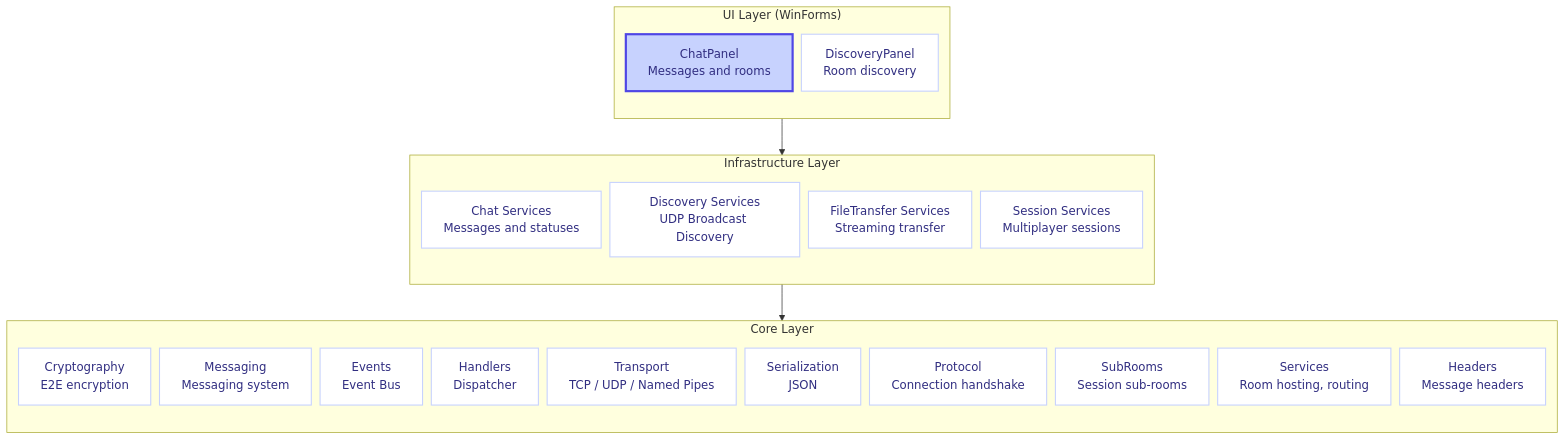
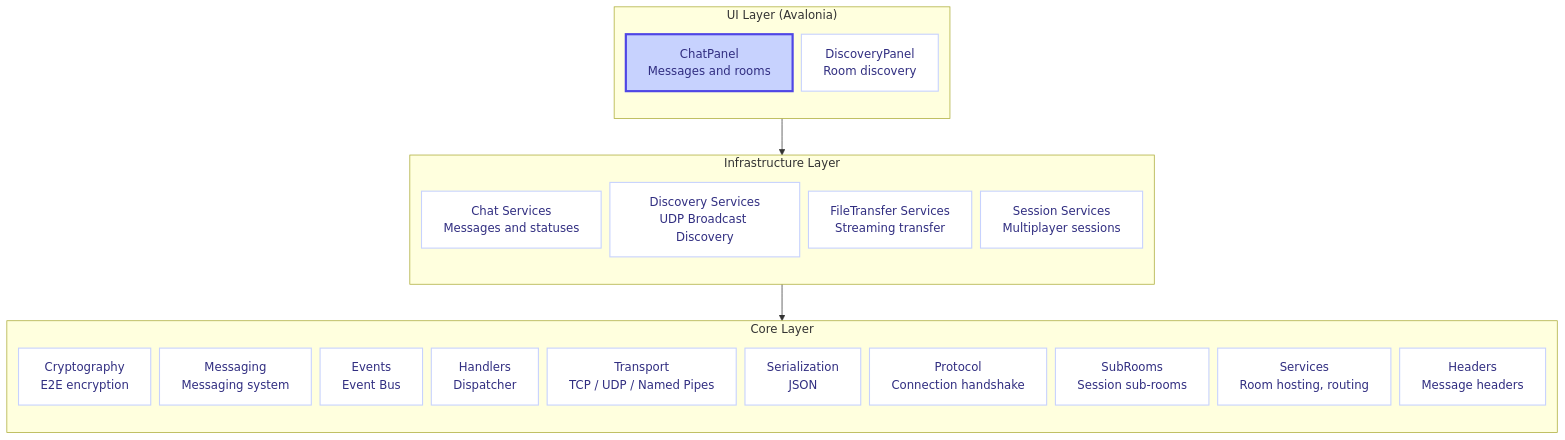
One commit to CasCadeVR/MIN changed the first of 5 diagrams in README.md. Above: the diagram before and after it, drawn with Mermaid. The commit also changed other lines of this file and 1 other file, not shown here.

````diff
--- a/README.md
+++ b/README.md
@@ -56,46 +56,46 @@
 ```mermaid
 flowchart TB
     %%{init: {'flowchart': {'nodeSpacing': 12}}}%%
     classDef uiLayer fill:#dbeafe,stroke:#3b82f6,stroke-width:2px,color:#1e40af
     classDef infraLayer fill:#e0e7ff,stroke:#4f46e5,stroke-width:2px,color:#3730a3
     classDef coreLayer fill:#ede9fe,stroke:#7c3aed,stroke-width:2px,color:#5b21b6
     classDef component fill:#ffffff,stroke:#c7d2fe,stroke-width:1.5px,color:#312e81
     classDef highlight fill:#c7d2fe,stroke:#4f46e5,stroke-width:3px,color:#312e81
     
-    subgraph UI["UI Layer (WinForms)"]
+    subgraph UI["UI Layer (Avalonia)"]
         direction TB
         A["ChatPanel<br>Messages and rooms"]
         B["DiscoveryPanel<br>Room discovery"]
     end
     
     subgraph INF["Infrastructure Layer"]
         direction TB
         C["Chat Services<br>Messages and statuses"]
         D["Discovery Services<br>UDP Broadcast Discovery"]
         E["FileTransfer Services<br>Streaming transfer"]
         F["Session Services<br>Multiplayer sessions"]
     end
     
     subgraph CORE["Core Layer"]
         direction TB
         G["Cryptography<br>E2E encryption"]
         H["Messaging<br>Messaging system"]
         I["Events<br>Event Bus"]
         J["Handlers<br>Dispatcher"]
         K["Transport<br>TCP / UDP / Named Pipes"]
         L["Serialization<br>JSON"]
         M["Protocol<br>Connection handshake"]
         N["SubRooms<br>Session sub-rooms"]
         O["Services<br>Room hosting, routing"]
         P["Headers<br>Message headers"]
     end
     
     class A highlight;
     class B,C,D,E,F,G,H,I,J,K,L,M,N,O,P component
     class UI uiLayer;
     class INF infraLayer;
     class CORE coreLayer
     
     UI --> INF
     INF --> CORE
 ```
````
